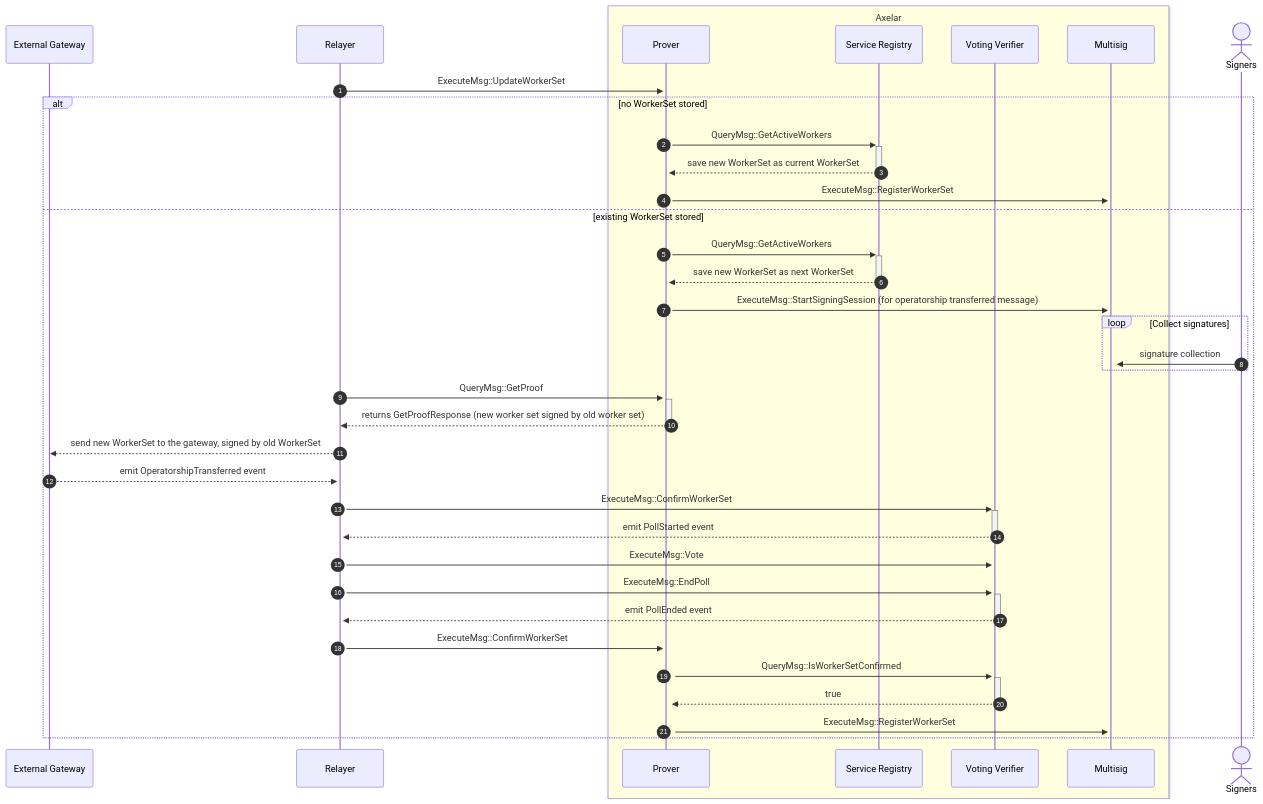
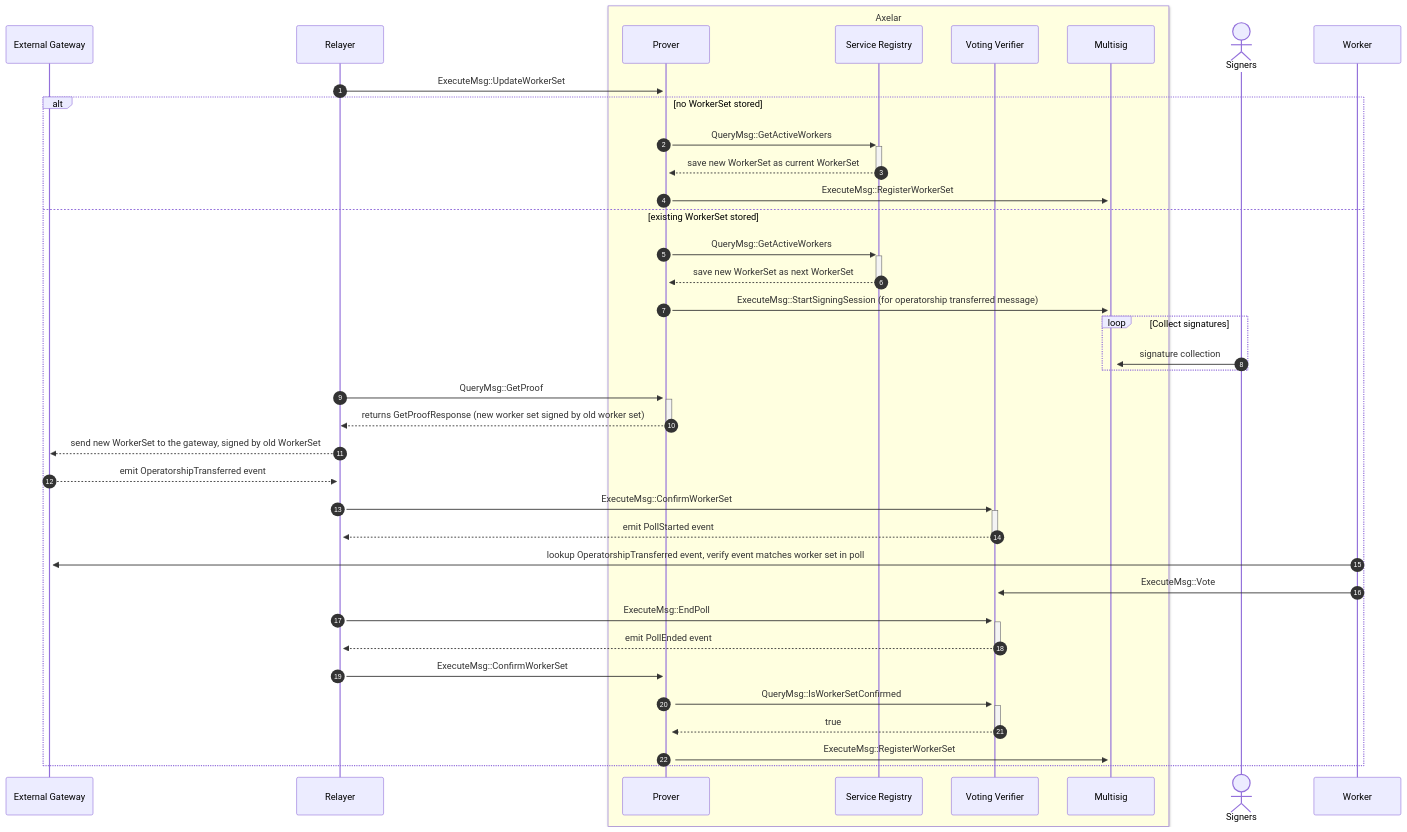
One commit to axelarnetwork/axelar-amplifier changed the fourth of 4 diagrams in doc/src/contracts/multisig_prover.md. Above: the diagram before and after it, drawn with Mermaid.

Commit message:
the relayer is not voting. workers are voting

````diff
--- a/doc/src/contracts/multisig_prover.md
+++ b/doc/src/contracts/multisig_prover.md
@@ -152,39 +152,40 @@
 ```mermaid
 sequenceDiagram
 autonumber
 participant External Gateway
 participant Relayer
 box LightYellow Axelar
 participant Prover
 participant Service Registry
 participant Voting Verifier
 participant Multisig
 end
 actor Signers
 Relayer->>+Prover: ExecuteMsg::UpdateWorkerSet
 alt no WorkerSet stored
   Prover->>+Service Registry: QueryMsg::GetActiveWorkers
   Service Registry-->>-Prover: save new WorkerSet as current WorkerSet
   Prover->>+Multisig: ExecuteMsg::RegisterWorkerSet
 else existing WorkerSet stored
   Prover->>+Service Registry: QueryMsg::GetActiveWorkers
   Service Registry-->>-Prover: save new WorkerSet as next WorkerSet
   Prover->>+Multisig: ExecuteMsg::StartSigningSession (for operatorship transferred message)
   loop Collect signatures
 	  Signers->>+Multisig: signature collection
   end
   Relayer->>+Prover: QueryMsg::GetProof
   Prover-->>-Relayer: returns GetProofResponse (new worker set signed by old worker set)
   Relayer-->>External Gateway: send new WorkerSet to the gateway, signed by old WorkerSet
   External Gateway-->>+Relayer: emit OperatorshipTransferred event
   Relayer->>+Voting Verifier: ExecuteMsg::ConfirmWorkerSet
   Voting Verifier-->>-Relayer: emit PollStarted event
-  Relayer->>+Voting Verifier: ExecuteMsg::Vote
+  Worker->>+External Gateway: lookup OperatorshipTransferred event, verify event matches worker set in poll
+  Worker->>+Voting Verifier: ExecuteMsg::Vote
   Relayer->>+Voting Verifier: ExecuteMsg::EndPoll
   Voting Verifier-->>-Relayer: emit PollEnded event
   Relayer->>+Prover: ExecuteMsg::ConfirmWorkerSet
   Prover->>+Voting Verifier: QueryMsg::IsWorkerSetConfirmed
   Voting Verifier-->>-Prover: true
   Prover->>+Multisig: ExecuteMsg::RegisterWorkerSet
 end
 ```
````
